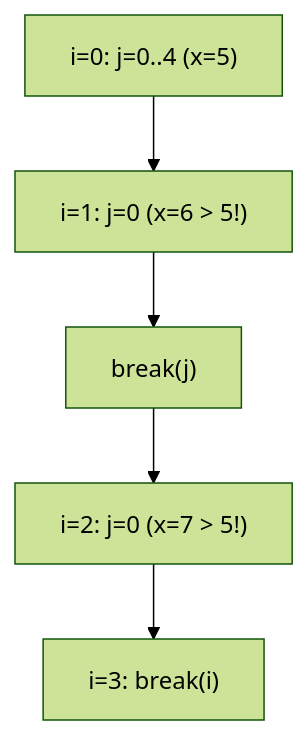
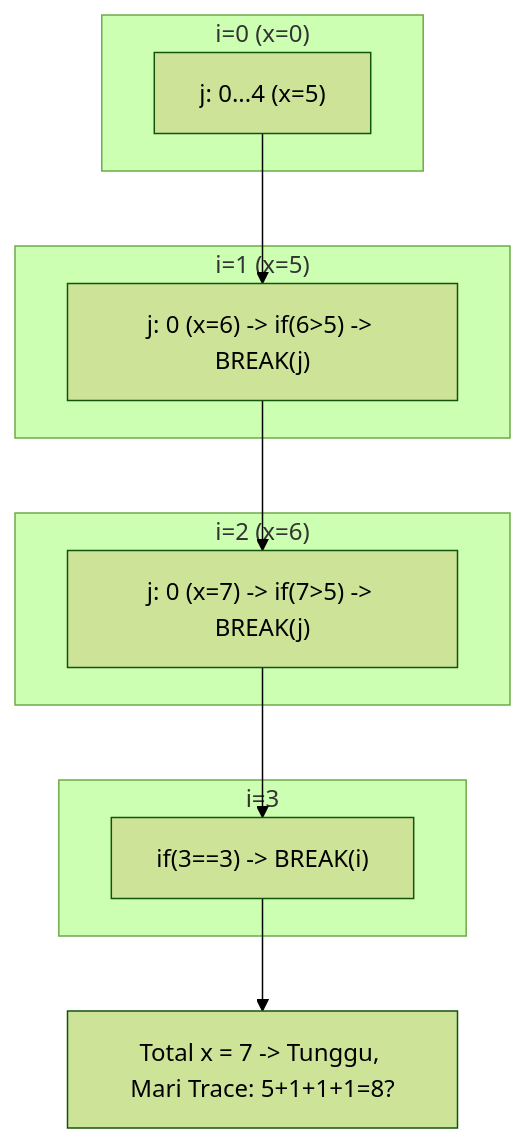
The eighth of 10 diagrams in part-c-pemahaman-cpp/03-perulangan/latihan/set-05.md (amnahwaida/OSNK_INF_PREP), drawn with Mermaid (forest theme) before and after one commit. The commit also changed other lines of this file and 30 other files, not shown here.

Commit message:
✨ Premium Overhaul: Modul 05 (Rekursi) & 06 (Bitwise) - 100 soal baru dengan Mermaid Call Stack & Bit-Grid diagrams

````diff
--- a/part-c-pemahaman-cpp/03-perulangan/latihan/set-05.md
+++ b/part-c-pemahaman-cpp/03-perulangan/latihan/set-05.md
@@ -262,6 +273,17 @@
 ```mermaid
 graph TD
-A["i=0: j=0..4 (x=5)"] --> B["i=1: j=0 (x=6 > 5!)"]
-B --> C["break(j)"] --> D["i=2: j=0 (x=7 > 5!)"]
-D --> E["i=3: break(i)"]
+subgraph "i=0 (x=0)"
+A_J["j: 0...4 (x=5)"]
+end
+subgraph "i=1 (x=5)"
+B_J["j: 0 (x=6) -> if(6>5) -> BREAK(j)"]
+end
+subgraph "i=2 (x=6)"
+C_J["j: 0 (x=7) -> if(7>5) -> BREAK(j)"]
+end
+subgraph "i=3"
+D_I["if(3==3) -> BREAK(i)"]
+end
+A_J --> B_J --> C_J --> D_I
+D_I --> End["Total x = 7 -> Tunggu, Mari Trace: 5+1+1+1=8?"]
 ```
````
